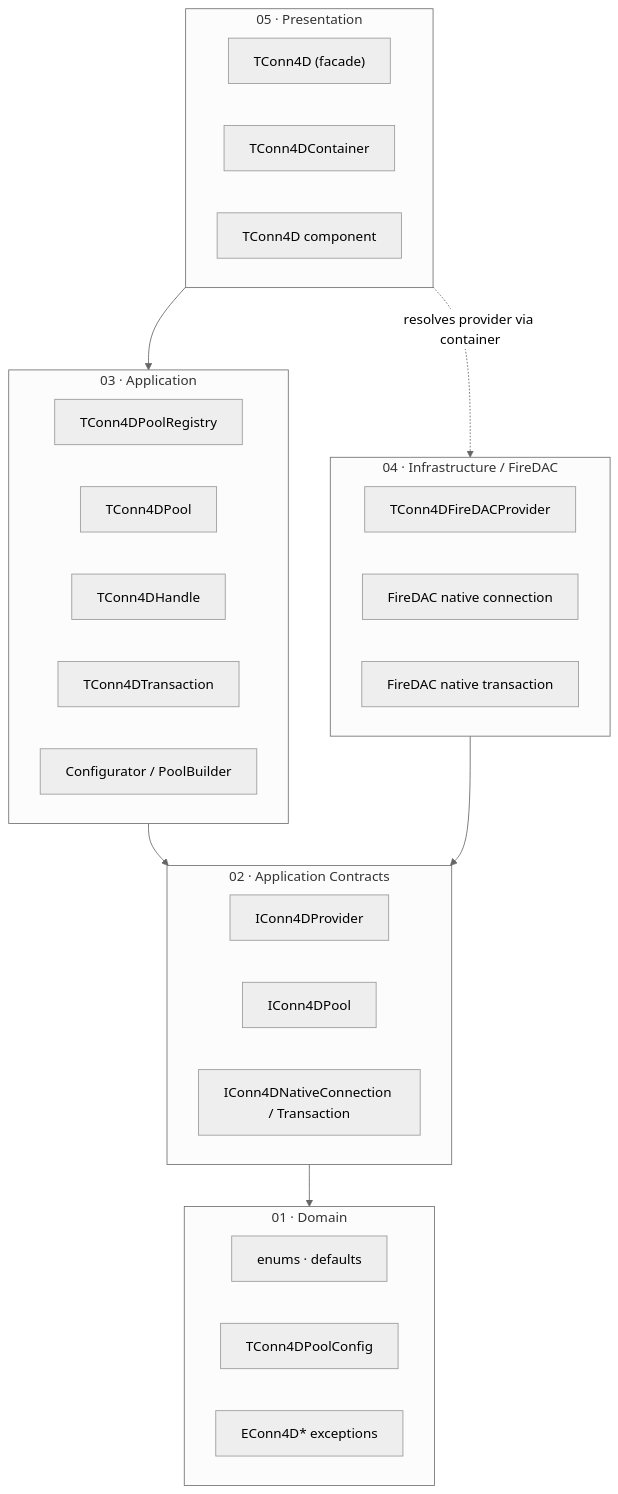
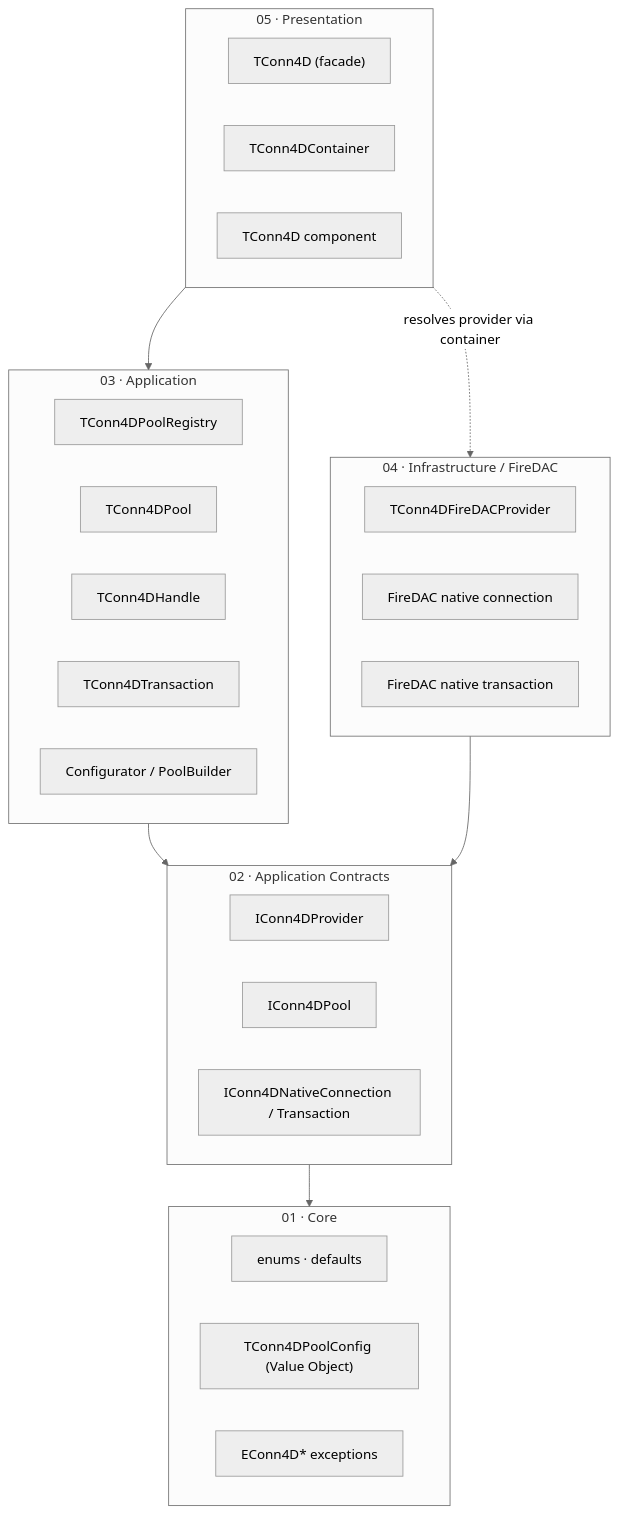
One commit to Gabrielcb08/conn4d changed the first of 5 diagrams in docs/ARCHITECTURE.md. Above: the diagram before and after it, drawn with Mermaid (neutral theme). The commit also changed other lines of this file and 11 other files, not shown here.

````diff
--- a/docs/ARCHITECTURE.md
+++ b/docs/ARCHITECTURE.md
@@ -52,36 +55,36 @@
 ```mermaid
 flowchart TD
     subgraph Presentation["05 · Presentation"]
         FA["TConn4D (facade)"]
         CT["TConn4DContainer"]
         CMP["TConn4D component"]
     end
     subgraph Application["03 · Application"]
         REG["TConn4DPoolRegistry"]
         POOL["TConn4DPool"]
         H["TConn4DHandle"]
         TX["TConn4DTransaction"]
         CFG["Configurator / PoolBuilder"]
     end
     subgraph Infra["04 · Infrastructure / FireDAC"]
         PROV["TConn4DFireDACProvider"]
         NC["FireDAC native connection"]
         NT["FireDAC native transaction"]
     end
     subgraph Contracts["02 · Application Contracts"]
         IP["IConn4DProvider"]
         IPL["IConn4DPool"]
         INC["IConn4DNativeConnection / Transaction"]
     end
-    subgraph Domain["01 · Domain"]
+    subgraph Core["01 · Core"]
         TY["enums · defaults"]
-        PC["TConn4DPoolConfig"]
+        PC["TConn4DPoolConfig (Value Object)"]
         EX["EConn4D* exceptions"]
     end
 
     Presentation --> Application
     Application --> Contracts
     Infra --> Contracts
-    Contracts --> Domain
+    Contracts --> Core
     Presentation -. "resolves provider via container" .-> Infra
 ```
````
